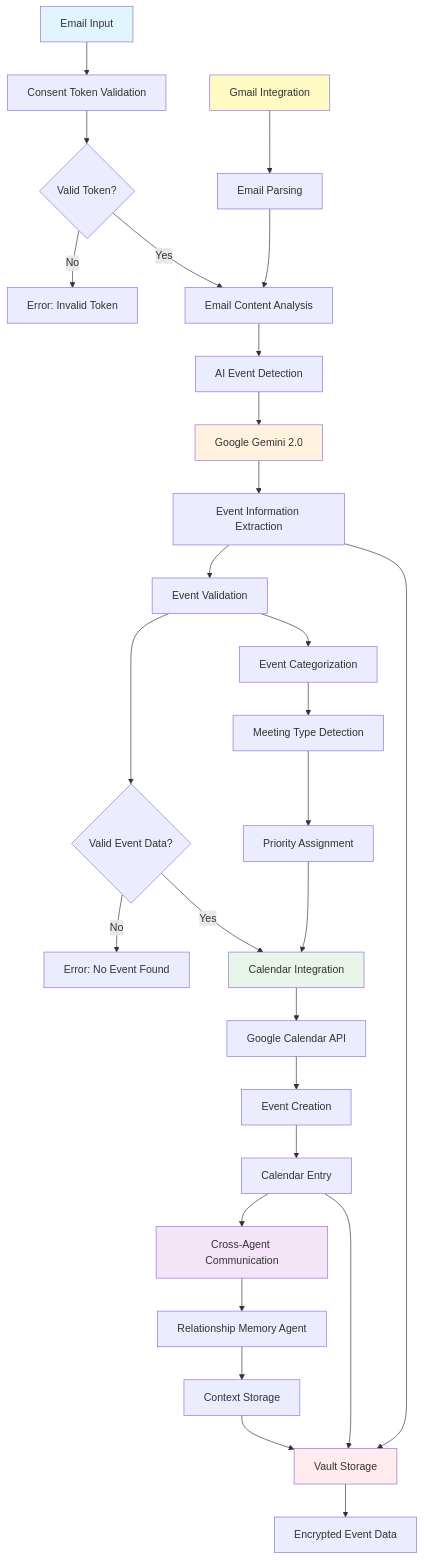
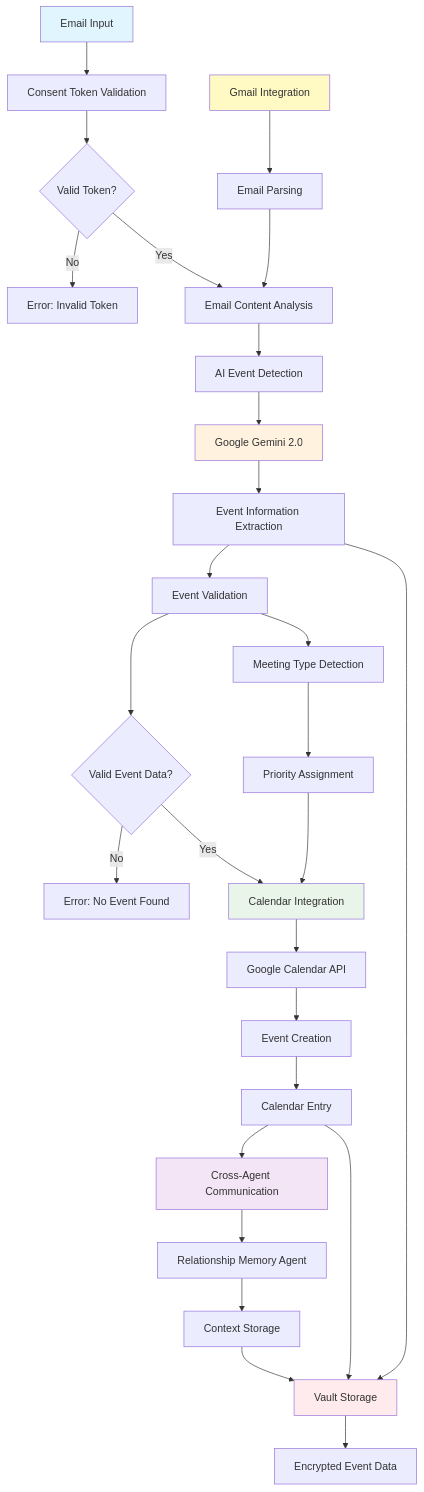
One commit to AAK121/Hushh_Hackathon_Team_Mailer changed the diagram in hushh_mcp/agents/addtocalendar/readme.md. Above: the diagram before and after it, drawn with Mermaid. The commit also changed 1 other file, not shown here.

Commit message:
Minor Changes

````diff
--- a/hushh_mcp/agents/addtocalendar/readme.md
+++ b/hushh_mcp/agents/addtocalendar/readme.md
@@ -5,44 +5,43 @@
 ```mermaid
 flowchart TD
     A[Email Input] --> B[Consent Token Validation]
     B --> C{Valid Token?}
     C -->|No| D[Error: Invalid Token]
     C -->|Yes| E[Email Content Analysis]
     
     E --> F[AI Event Detection]
     F --> G[Google Gemini 2.0]
     G --> H[Event Information Extraction]
     
     H --> I[Event Validation]
     I --> J{Valid Event Data?}
     J -->|No| K[Error: No Event Found]
     J -->|Yes| L[Calendar Integration]
     
     L --> M[Google Calendar API]
     M --> N[Event Creation]
     N --> O[Calendar Entry]
     
     O --> P[Cross-Agent Communication]
     P --> Q[Relationship Memory Agent]
     Q --> R[Context Storage]
     
     S[Gmail Integration] --> T[Email Parsing]
     T --> E
     
     U[Vault Storage] --> V[Encrypted Event Data]
     H --> U
     O --> U
     R --> U
     
-    W[Event Categorization] --> X[Meeting Type Detection]
-    I --> W
+    I --> X[Meeting Type Detection]
     X --> Y[Priority Assignment]
     Y --> L
     
     style A fill:#e1f5fe
     style G fill:#fff3e0
     style L fill:#e8f5e8
     style P fill:#f3e5f5
     style U fill:#ffebee
     style S fill:#fff9c4
 ```
````
